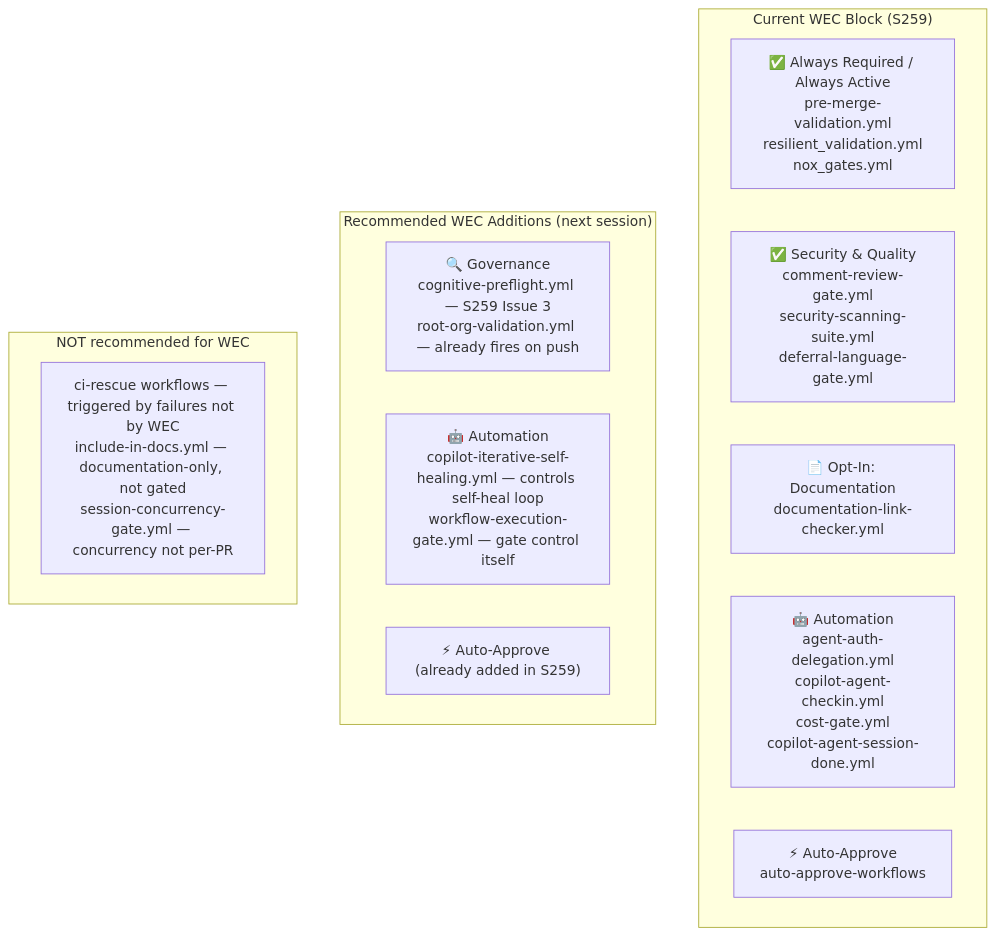
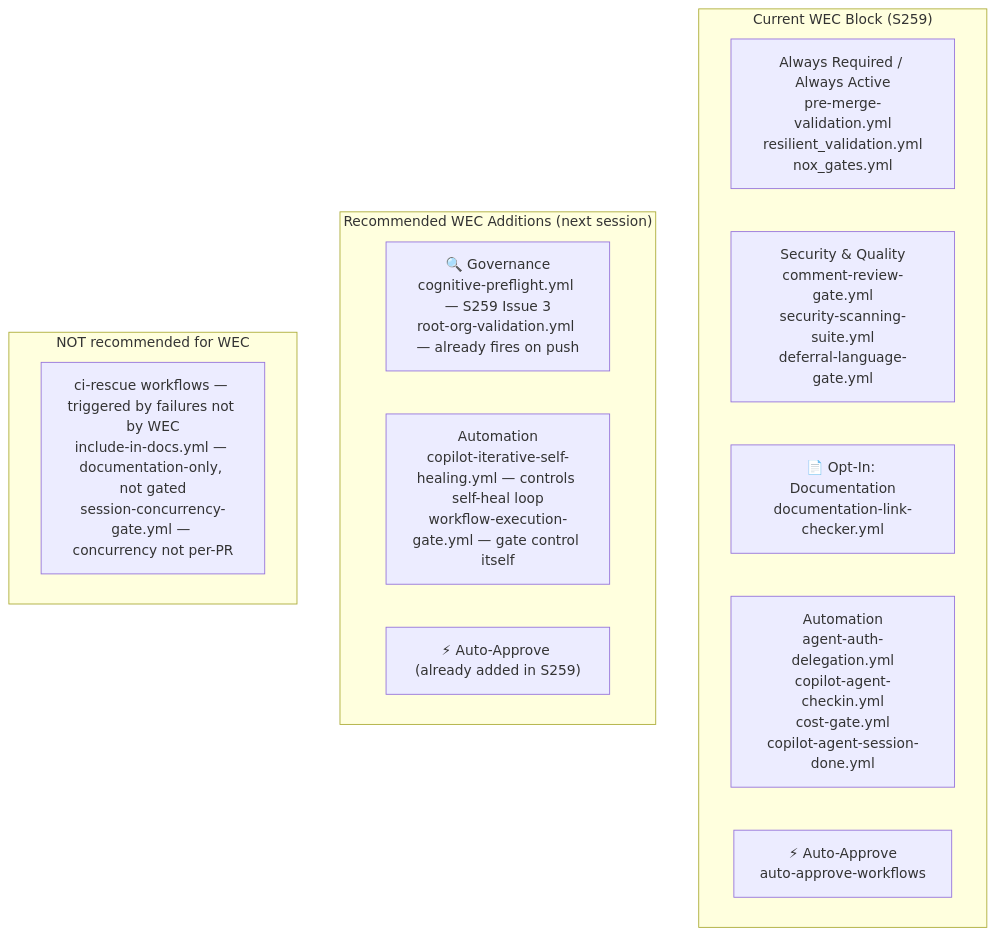
The seventh of 9 diagrams in docs/workflows/PR_COMMENT_LIFECYCLE.md (Aries-Serpent/_codex_), drawn with Mermaid before and after one commit. The commit also changed other lines of this file and 2029 other files, not shown here.

````diff
--- a/docs/workflows/PR_COMMENT_LIFECYCLE.md
+++ b/docs/workflows/PR_COMMENT_LIFECYCLE.md
@@ -299,21 +301,21 @@
 ```mermaid
-%%{init: {'accessibility': {'title': 'Flowchart showing "Current WEC Block (S259)", "✅ Always Required / Always Active\npre-merge-validation.yml\nresilient_validation.yml\nnox_gates.yml"'}}%%
+%%{init: {'accessibility': {'title': 'Flowchart showing "Current WEC Block (S259)", " Always Required / Always Active\npre-merge-validation.yml\nresilient_validation.yml\nnox_gates.yml"'}}%%
 flowchart TD
     subgraph CURRENT_WEC["Current WEC Block (S259)"]
-        V["✅ Always Required / Always Active\npre-merge-validation.yml\nresilient_validation.yml\nnox_gates.yml"]
-        SQ["✅ Security & Quality\ncomment-review-gate.yml\nsecurity-scanning-suite.yml\ndeferral-language-gate.yml"]
+        V[" Always Required / Always Active\npre-merge-validation.yml\nresilient_validation.yml\nnox_gates.yml"]
+        SQ[" Security & Quality\ncomment-review-gate.yml\nsecurity-scanning-suite.yml\ndeferral-language-gate.yml"]
         D["📄 Opt-In: Documentation\ndocumentation-link-checker.yml"]
-        A["🤖 Automation\nagent-auth-delegation.yml\ncopilot-agent-checkin.yml\ncost-gate.yml\ncopilot-agent-session-done.yml"]
+        A[" Automation\nagent-auth-delegation.yml\ncopilot-agent-checkin.yml\ncost-gate.yml\ncopilot-agent-session-done.yml"]
         AP["⚡ Auto-Approve\nauto-approve-workflows"]
     end
 
     subgraph RECOMMEND["Recommended WEC Additions (next session)"]
         R1["🔍 Governance\ncognitive-preflight.yml — S259 Issue 3\nroot-org-validation.yml — already fires on push"]
-        R2["🤖 Automation\ncopilot-iterative-self-healing.yml — controls self-heal loop\nworkflow-execution-gate.yml — gate control itself"]
+        R2[" Automation\ncopilot-iterative-self-healing.yml — controls self-heal loop\nworkflow-execution-gate.yml — gate control itself"]
         R3["⚡ Auto-Approve (already added in S259)"]
     end
 
     subgraph NOT_RECOMMENDED["NOT recommended for WEC"]
         N1["ci-rescue workflows — triggered by failures not by WEC\ninclude-in-docs.yml — documentation-only, not gated\nsession-concurrency-gate.yml — concurrency not per-PR"]
     end
 ```
````
